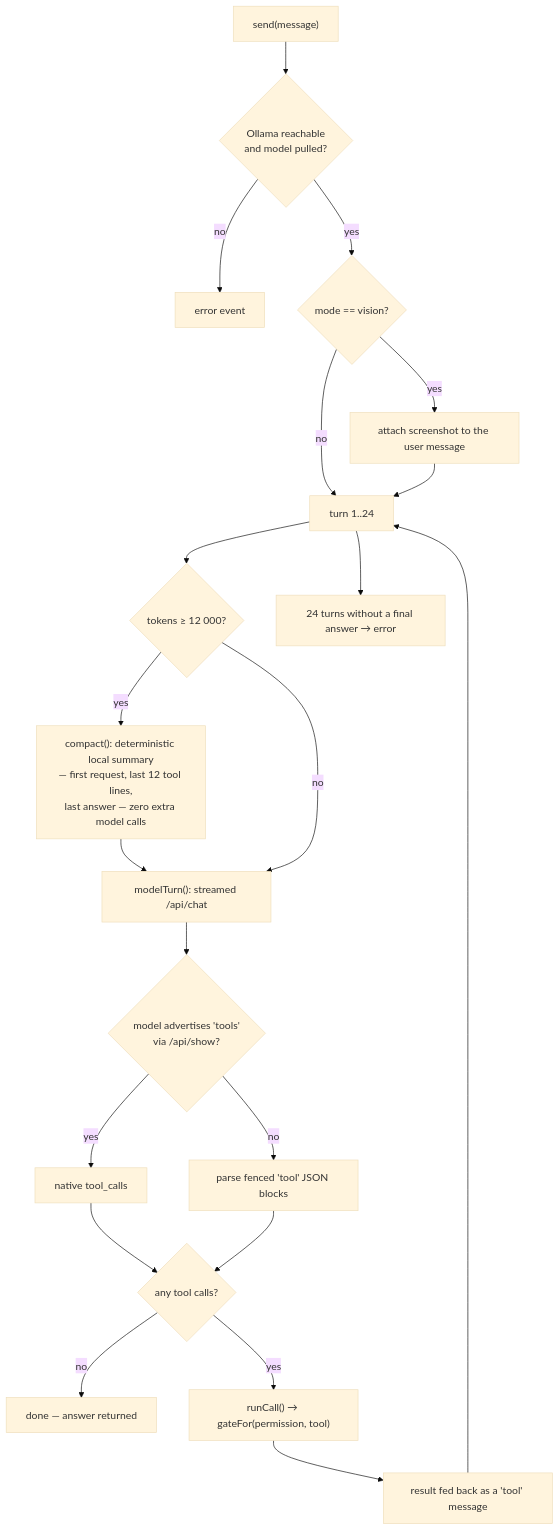
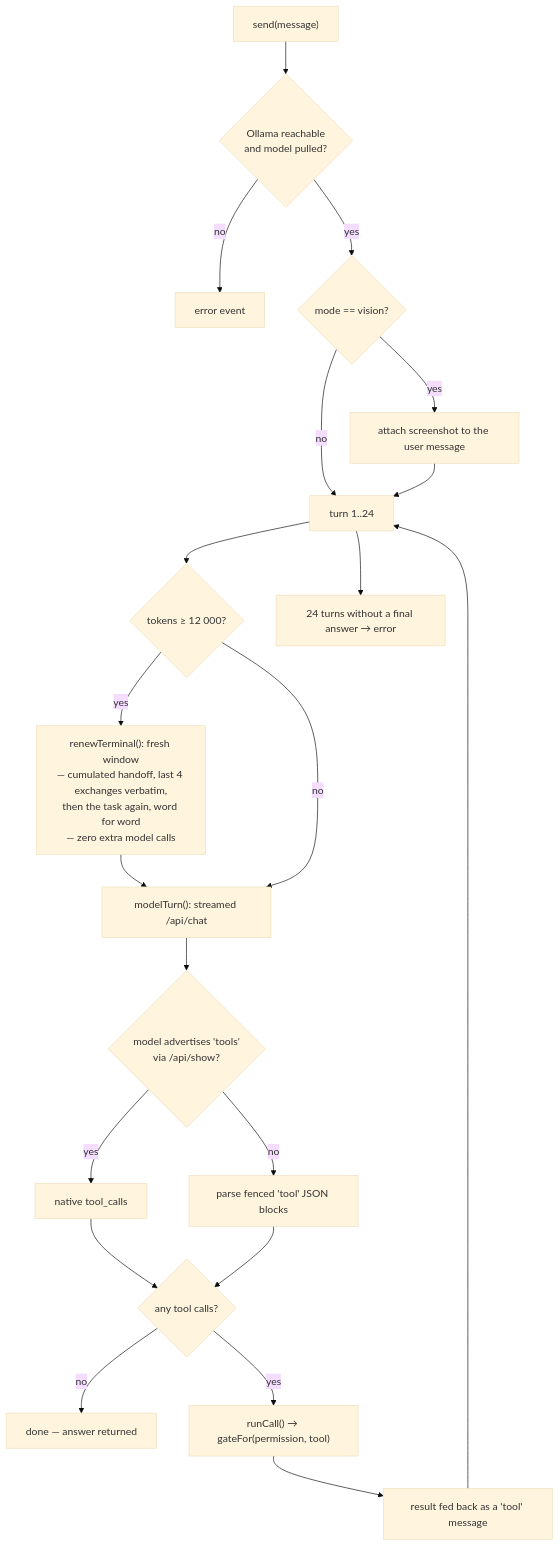
Diagram 11 of 17 in DOCUMENTATION.md (Tromset/SunFlowerAssistant), drawn with Mermaid (base theme) before and after one commit. The commit also changed other lines of this file and 8 other files, not shown here.

````diff
--- a/DOCUMENTATION.md
+++ b/DOCUMENTATION.md
@@ -598,23 +598,23 @@
 ```mermaid
 flowchart TD
     S["send(message)"] --> CH{"Ollama reachable<br/>and model pulled?"}
     CH -- no --> ERR["error event"]
     CH -- yes --> CAP{"mode == vision?"}
     CAP -- yes --> IMG["attach screenshot to the user message"]
     CAP -- no --> TURN
     IMG --> TURN["turn 1..24"]
     TURN --> BUDGET{"tokens ≥ 12 000?"}
-    BUDGET -- yes --> COMPACT["compact(): deterministic local summary<br/>— first request, last 12 tool lines,<br/>last answer — zero extra model calls"]
+    BUDGET -- yes --> COMPACT["renewTerminal(): fresh window<br/>— cumulated handoff, last 4 exchanges verbatim,<br/>then the task again, word for word<br/>— zero extra model calls"]
     COMPACT --> CALL
     BUDGET -- no --> CALL["modelTurn(): streamed /api/chat"]
     CALL --> DIALECT{"model advertises 'tools'<br/>via /api/show?"}
     DIALECT -- yes --> NATIVE["native tool_calls"]
     DIALECT -- no --> TEXT["parse fenced 'tool' JSON blocks"]
     NATIVE --> CALLS
     TEXT --> CALLS{"any tool calls?"}
     CALLS -- no --> DONE["done — answer returned"]
     CALLS -- yes --> GATE["runCall() → gateFor(permission, tool)"]
     GATE --> RES["result fed back as a 'tool' message"]
     RES --> TURN
     TURN --> CAPTURN["24 turns without a final answer → error"]
 ```
````
